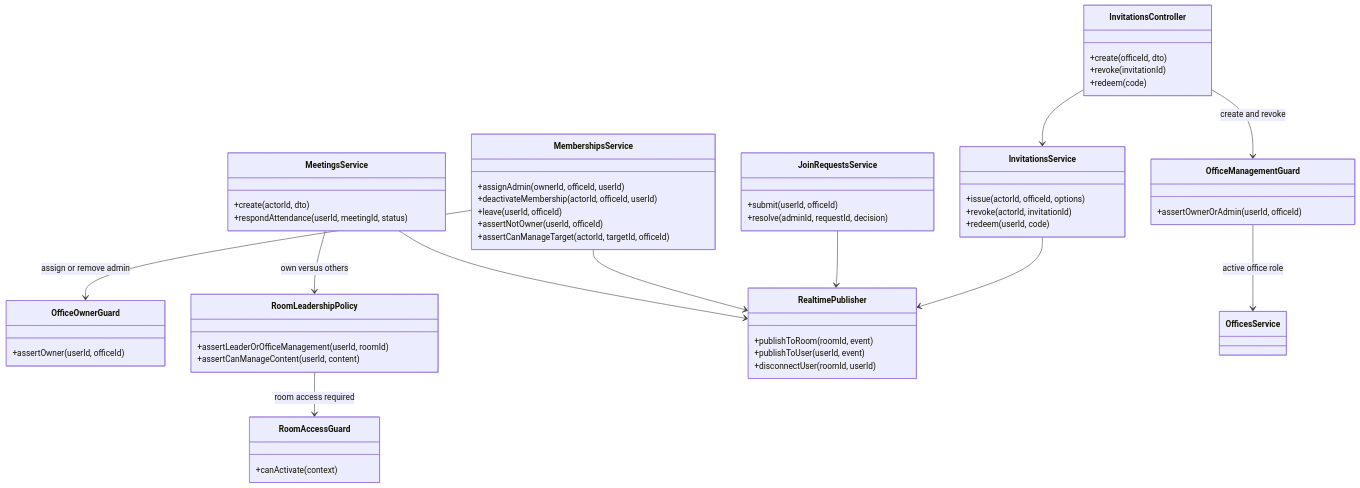
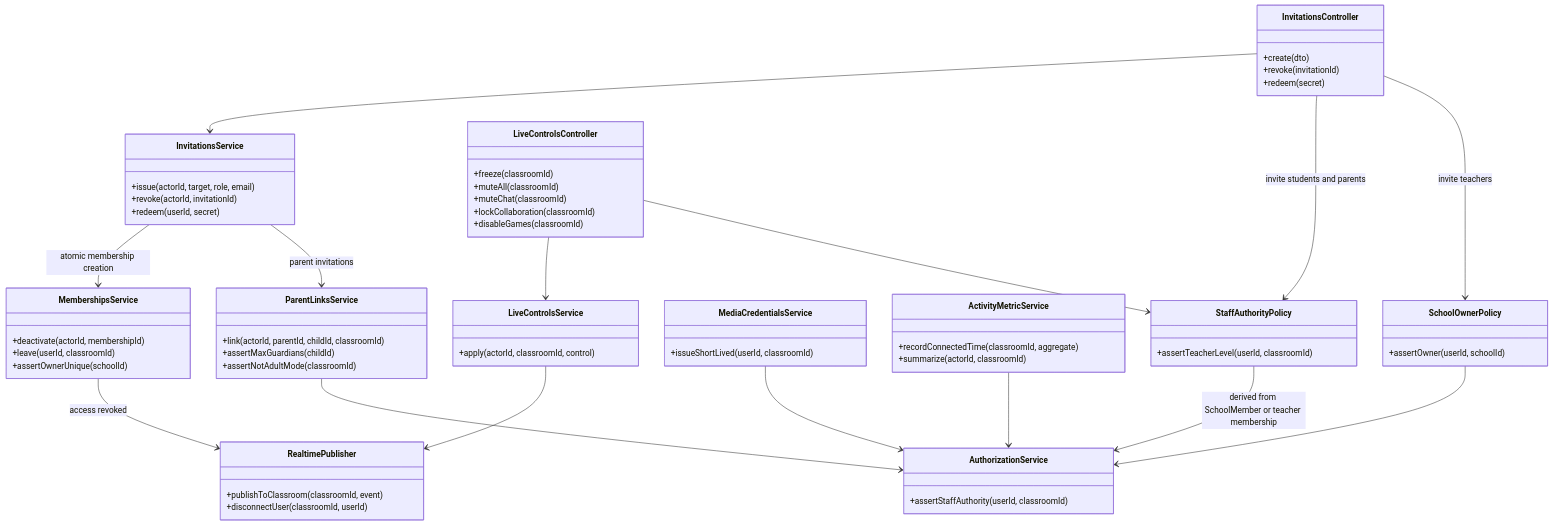
One commit to Agustin742/integratec-final-back changed the second of 2 diagrams in docs/diagrams/03-structural/class-design.md. Above: the diagram before and after it, drawn with Mermaid. The commit also changed other lines of this file and 2 other files, not shown here.

Commit message:
docs(diagrams): realign structural diagrams with the school niche model

````diff
--- a/docs/diagrams/03-structural/class-design.md
+++ b/docs/diagrams/03-structural/class-design.md
@@ -324,57 +395,68 @@
 ```mermaid
 classDiagram
   class InvitationsController {
-    +create(officeId, dto)
+    +create(dto)
     +revoke(invitationId)
-    +redeem(code)
+    +redeem(secret)
   }
   class InvitationsService {
-    +issue(actorId, officeId, options)
+    +issue(actorId, target, role, email)
     +revoke(actorId, invitationId)
-    +redeem(userId, code)
-  }
-  class JoinRequestsService {
-    +submit(userId, officeId)
-    +resolve(adminId, requestId, decision)
+    +redeem(userId, secret)
   }
   class MembershipsService {
-    +assignAdmin(ownerId, officeId, userId)
-    +deactivateMembership(actorId, officeId, userId)
-    +leave(userId, officeId)
-    +assertNotOwner(userId, officeId)
-    +assertCanManageTarget(actorId, targetId, officeId)
+    +deactivate(actorId, membershipId)
+    +leave(userId, classroomId)
+    +assertOwnerUnique(schoolId)
   }
-  class MeetingsService {
-    +create(actorId, dto)
-    +respondAttendance(userId, meetingId, status)
+  class ParentLinksService {
+    +link(actorId, parentId, childId, classroomId)
+    +assertMaxGuardians(childId)
+    +assertNotAdultMode(classroomId)
   }
-  class OfficeManagementGuard {
-    +assertOwnerOrAdmin(userId, officeId)
+  class LiveControlsController {
+    +freeze(classroomId)
+    +muteAll(classroomId)
+    +muteChat(classroomId)
+    +lockCollaboration(classroomId)
+    +disableGames(classroomId)
   }
-  class OfficeOwnerGuard {
-    +assertOwner(userId, officeId)
+  class LiveControlsService {
+    +apply(actorId, classroomId, control)
   }
-  class RoomLeadershipPolicy {
-    +assertLeaderOrOfficeManagement(userId, roomId)
-    +assertCanManageContent(userId, content)
+  class MediaCredentialsService {
+    +issueShortLived(userId, classroomId)
+  }
+  class ActivityMetricService {
+    +recordConnectedTime(classroomId, aggregate)
+    +summarize(actorId, classroomId)
+  }
+  class StaffAuthorityPolicy {
+    +assertTeacherLevel(userId, classroomId)
+  }
+  class SchoolOwnerPolicy {
+    +assertOwner(userId, schoolId)
+  }
+  class AuthorizationService {
+    +assertStaffAuthority(userId, classroomId)
   }
   class RealtimePublisher {
-    +publishToRoom(roomId, event)
-    +publishToUser(userId, event)
-    +disconnectUser(roomId, userId)
-  }
-  class RoomAccessGuard {
-    +canActivate(context)
+    +publishToClassroom(classroomId, event)
+    +disconnectUser(classroomId, userId)
   }
 
   InvitationsController --> InvitationsService
-  InvitationsController --> OfficeManagementGuard : create and revoke
-  MembershipsService --> OfficeOwnerGuard : assign or remove admin
-  MeetingsService --> RoomLeadershipPolicy : own versus others
-  InvitationsService --> RealtimePublisher
-  JoinRequestsService --> RealtimePublisher
-  MembershipsService --> RealtimePublisher
-  MeetingsService --> RealtimePublisher
-  RoomLeadershipPolicy --> RoomAccessGuard : room access required
-  OfficeManagementGuard --> OfficesService : active office role
+  InvitationsController --> StaffAuthorityPolicy : invite students and parents
+  InvitationsController --> SchoolOwnerPolicy : invite teachers
+  InvitationsService --> MembershipsService : atomic membership creation
+  InvitationsService --> ParentLinksService : parent invitations
+  MembershipsService --> RealtimePublisher : access revoked
+  ParentLinksService --> AuthorizationService
+  LiveControlsController --> LiveControlsService
+  LiveControlsController --> StaffAuthorityPolicy
+  LiveControlsService --> RealtimePublisher
+  MediaCredentialsService --> AuthorizationService
+  ActivityMetricService --> AuthorizationService
+  StaffAuthorityPolicy --> AuthorizationService : derived from SchoolMember or teacher membership
+  SchoolOwnerPolicy --> AuthorizationService
 ```
````
